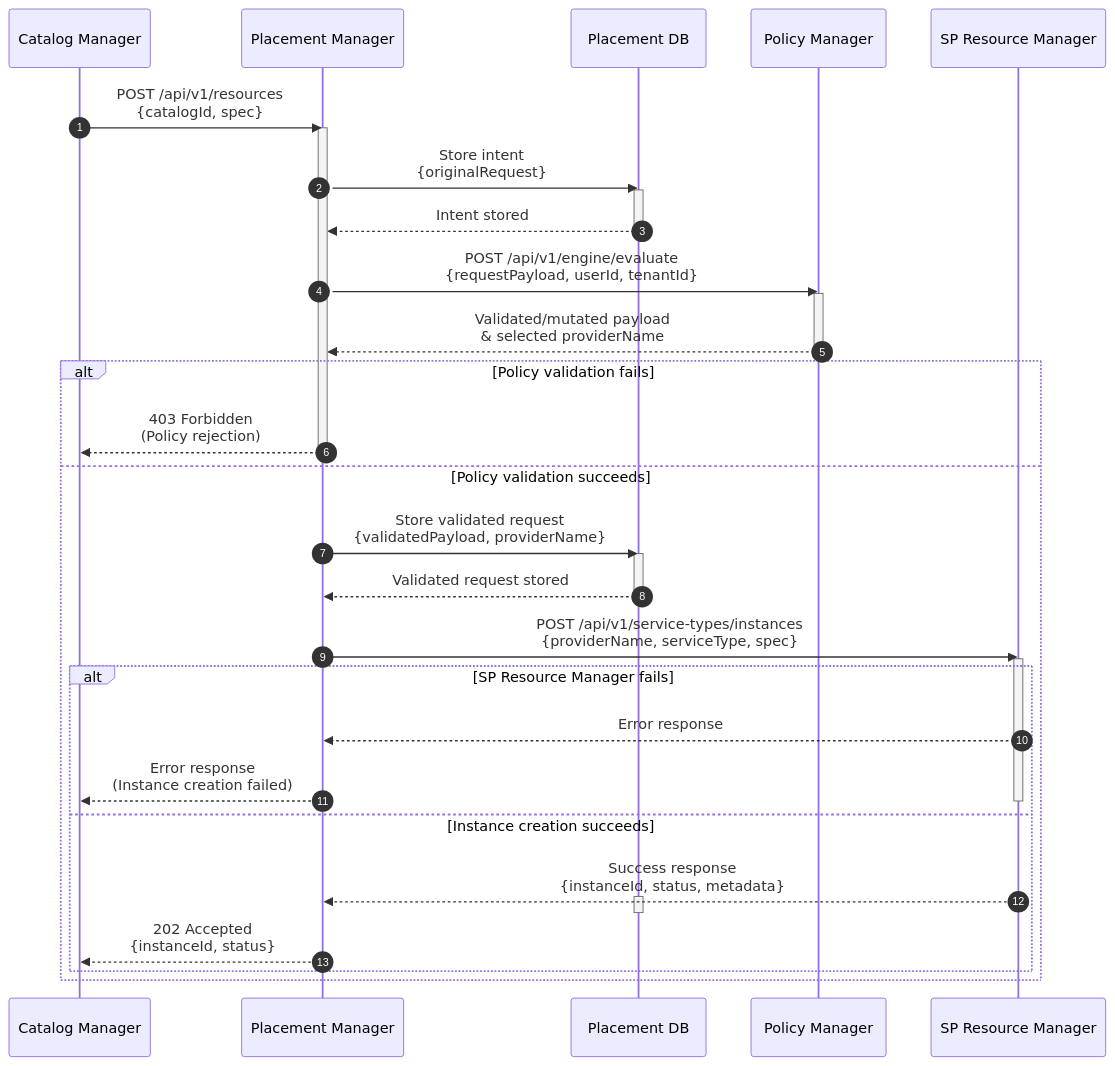
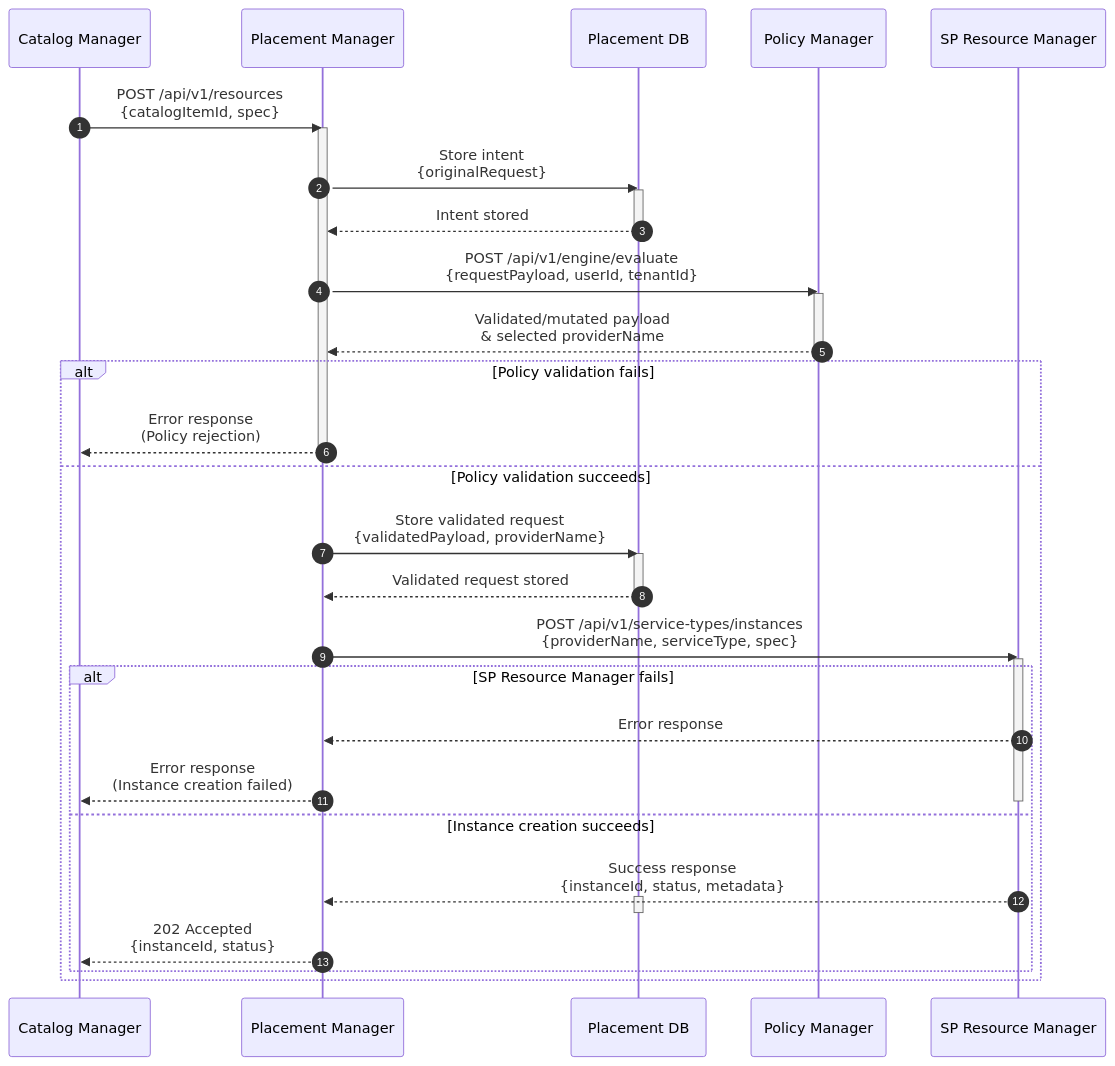
Before and after one commit to dcm-project/enhancements: the second of 2 diagrams in enhancements/placement-manager/placement-manager.md, drawn with Mermaid. The commit also changed other lines of this file, not shown here.

````diff
--- a/enhancements/placement-manager/placement-manager.md
+++ b/enhancements/placement-manager/placement-manager.md
@@ -239,51 +241,51 @@
 ```mermaid
 sequenceDiagram
     autonumber
     participant CM as Catalog Manager
     participant PM as Placement Manager
     participant DB as Placement DB
     participant PE as Policy Manager
     participant SPRM as SP Resource Manager
 
-    CM->>PM: POST /api/v1/resources<br/>{catalogId, spec}
+    CM->>PM: POST /api/v1/resources<br/>{catalogItemId, spec}
     activate PM
 
     PM->>DB: Store intent<br/>{originalRequest}
     activate DB
     DB-->>PM: Intent stored
     deactivate DB
 
     PM->>PE: POST /api/v1/engine/evaluate<br/>{requestPayload, userId, tenantId}
     activate PE
 
     PE-->>PM: Validated/mutated payload<br/>& selected providerName
     deactivate PE
 
     alt Policy validation fails
-        PM-->>CM: 403 Forbidden<br/>(Policy rejection)
+        PM-->>CM: Error response<br/>(Policy rejection)
         deactivate PM
     else Policy validation succeeds
 
         PM->>DB: Store validated request<br/>{validatedPayload, providerName}
         activate DB
         DB-->>PM: Validated request stored
         deactivate DB
 
         PM->>SPRM: POST /api/v1/service-types/instances<br/>{providerName, serviceType, spec}
         activate SPRM
 
         alt SP Resource Manager fails
             SPRM-->>PM: Error response
             PM-->>CM: Error response<br/>(Instance creation failed)
             deactivate SPRM
 
         else Instance creation succeeds
             SPRM-->>PM: Success response<br/>{instanceId, status, metadata}
             activate DB
             deactivate DB
 
             PM-->>CM: 202 Accepted<br/>{instanceId, status}
 
         end
     end
 ```
````
